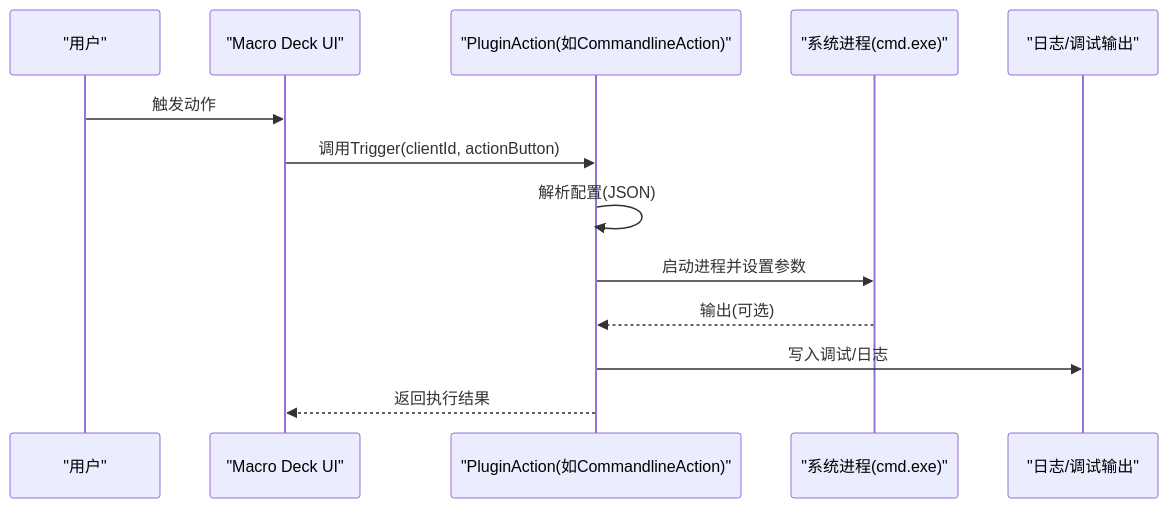
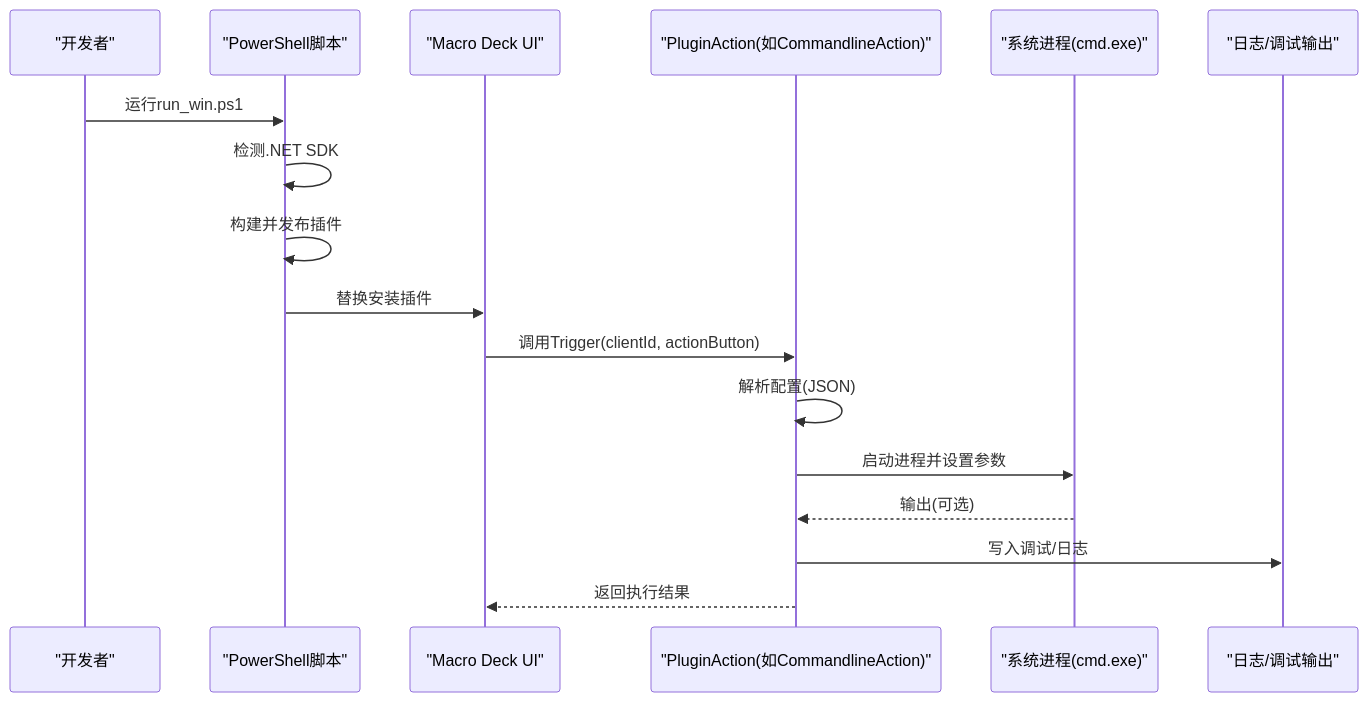
The second of 17 diagrams in .qoder/repowiki/zh/content/开发者指南/测试与调试.md (tea4go/Macro-Deck-Windows-Utils-Plugin), drawn with Mermaid before and after one commit. The commit also changed other lines of this file and 30 other files, not shown here.

````diff
--- a/.qoder/repowiki/zh/content/开发者指南/测试与调试.md
+++ b/.qoder/repowiki/zh/content/开发者指南/测试与调试.md
@@ -85,15 +108,19 @@
 ```mermaid
 sequenceDiagram
-participant User as "用户"
+participant Dev as "开发者"
+participant PS as "PowerShell脚本"
 participant UI as "Macro Deck UI"
 participant Action as "PluginAction(如CommandlineAction)"
 participant Proc as "系统进程(cmd.exe)"
 participant Log as "日志/调试输出"
-User->>UI : 触发动作
+Dev->>PS : 运行run_win.ps1
+PS->>PS : 检测.NET SDK
+PS->>PS : 构建并发布插件
+PS->>UI : 替换安装插件
 UI->>Action : 调用Trigger(clientId, actionButton)
 Action->>Action : 解析配置(JSON)
 Action->>Proc : 启动进程并设置参数
 Proc-->>Action : 输出(可选)
 Action->>Log : 写入调试/日志
 Action-->>UI : 返回执行结果
 ```
````
